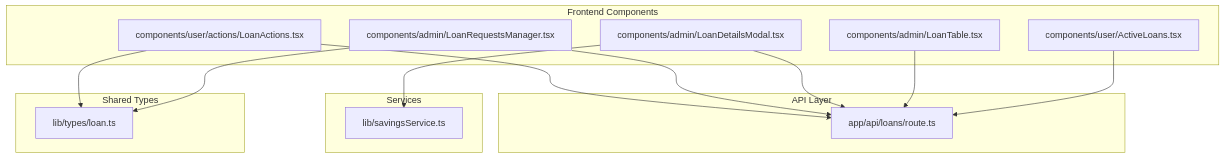
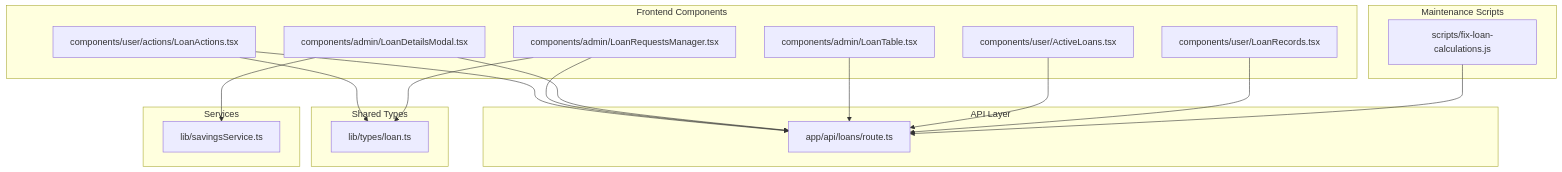
One commit to Unsure-bry/sampacoop_system changed the first of 11 diagrams in .qoder/repowiki/en/content/API Endpoints Reference/Loan Management API.md. Above: the diagram before and after it, drawn with Mermaid. The commit also changed other lines of this file and 24 other files, not shown here.

````diff
--- a/.qoder/repowiki/en/content/API Endpoints Reference/Loan Management API.md
+++ b/.qoder/repowiki/en/content/API Endpoints Reference/Loan Management API.md
@@ -37,27 +47,33 @@
 ```mermaid
 graph TB
 subgraph "API Layer"
 LoansRoute["app/api/loans/route.ts"]
 end
 subgraph "Frontend Components"
 UserLoanActions["components/user/actions/LoanActions.tsx"]
 AdminLoanDetails["components/admin/LoanDetailsModal.tsx"]
 AdminLoanRequests["components/admin/LoanRequestsManager.tsx"]
 AdminLoanTable["components/admin/LoanTable.tsx"]
 ActiveLoans["components/user/ActiveLoans.tsx"]
+LoanRecords["components/user/LoanRecords.tsx"]
 end
 subgraph "Shared Types"
 LoanTypes["lib/types/loan.ts"]
 end
 subgraph "Services"
 SavingsService["lib/savingsService.ts"]
 end
+subgraph "Maintenance Scripts"
+FixScript["scripts/fix-loan-calculations.js"]
+end
 UserLoanActions --> LoansRoute
 AdminLoanRequests --> LoansRoute
 AdminLoanDetails --> LoansRoute
 AdminLoanTable --> LoansRoute
 ActiveLoans --> LoansRoute
+LoanRecords --> LoansRoute
 AdminLoanDetails --> SavingsService
 UserLoanActions --> LoanTypes
 AdminLoanRequests --> LoanTypes
+FixScript --> LoansRoute
 ```
````
